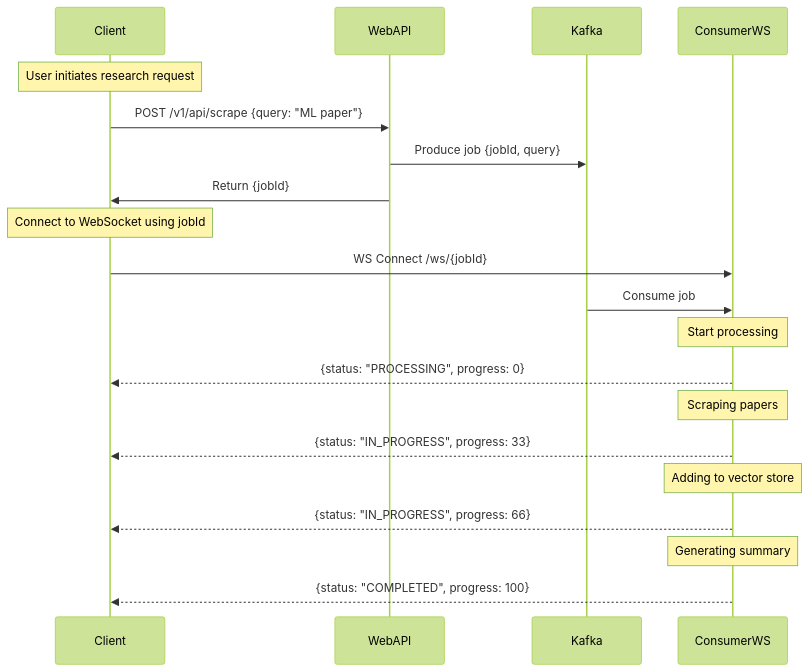
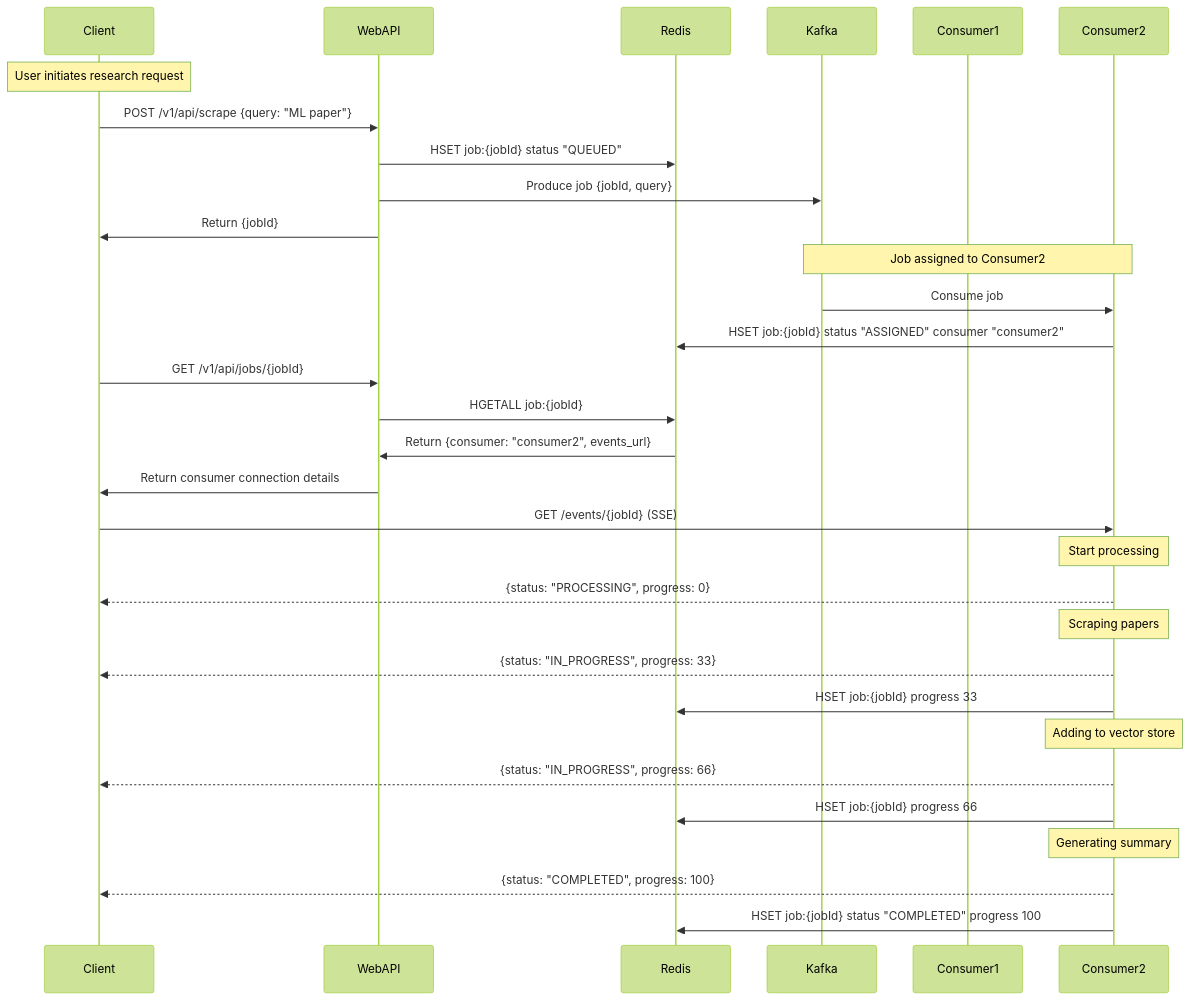
The third of 3 diagrams in README.md (richardr1126/research-pod-api), drawn with Mermaid (forest theme) before and after one commit. The commit also changed other lines of this file and 6 other files, not shown here.

Commit message:
Finalize architecture

````diff
--- a/README.md
+++ b/README.md
@@ -40,31 +86,37 @@
 ```mermaid
 sequenceDiagram
-    participant Client
-    participant WebAPI
-    participant Kafka
-    participant ConsumerWS
-    
-    Note over Client: User initiates research request
-    
-    Client->>WebAPI: POST /v1/api/scrape {query: "ML paper"}
-    WebAPI->>Kafka: Produce job {jobId, query}
-    WebAPI->>Client: Return {jobId}
-    
-    Note over Client: Connect to WebSocket using jobId
-    Client->>ConsumerWS: WS Connect /ws/{jobId}
-    
-    Kafka->>ConsumerWS: Consume job
-    
-    Note over ConsumerWS: Start processing
-    ConsumerWS-->>Client: {status: "PROCESSING", progress: 0}
-    
-    Note over ConsumerWS: Scraping papers
-    ConsumerWS-->>Client: {status: "IN_PROGRESS", progress: 33}
-    
-    Note over ConsumerWS: Adding to vector store
-    ConsumerWS-->>Client: {status: "IN_PROGRESS", progress: 66}
-    
-    Note over ConsumerWS: Generating summary
-    ConsumerWS-->>Client: {status: "COMPLETED", progress: 100}
-
+   participant Client
+   participant WebAPI
+   participant Redis
+   participant Kafka
+   participant Consumer1
+   participant Consumer2
+   
+   Note over Client: User initiates research request
+   Client->>WebAPI: POST /v1/api/scrape {query: "ML paper"}
+   WebAPI->>Redis: HSET job:{jobId} status "QUEUED"
+   WebAPI->>Kafka: Produce job {jobId, query}
+   WebAPI->>Client: Return {jobId}
+   
+   Note over Kafka,Consumer2: Job assigned to Consumer2
+   Kafka->>Consumer2: Consume job
+   Consumer2->>Redis: HSET job:{jobId} status "ASSIGNED" consumer "consumer2"
+   
+   Client->>WebAPI: GET /v1/api/jobs/{jobId}
+   WebAPI->>Redis: HGETALL job:{jobId}
+   Redis->>WebAPI: Return {consumer: "consumer2", events_url}
+   WebAPI->>Client: Return consumer connection details
+   
+   Client->>Consumer2: GET /events/{jobId} (SSE)
+   Note over Consumer2: Start processing
+   Consumer2-->>Client: {status: "PROCESSING", progress: 0}
+   Note over Consumer2: Scraping papers
+   Consumer2-->>Client: {status: "IN_PROGRESS", progress: 33}
+   Consumer2->>Redis: HSET job:{jobId} progress 33
+   Note over Consumer2: Adding to vector store
+   Consumer2-->>Client: {status: "IN_PROGRESS", progress: 66}
+   Consumer2->>Redis: HSET job:{jobId} progress 66
+   Note over Consumer2: Generating summary
+   Consumer2-->>Client: {status: "COMPLETED", progress: 100}
+   Consumer2->>Redis: HSET job:{jobId} status "COMPLETED" progress 100
 ```
````
